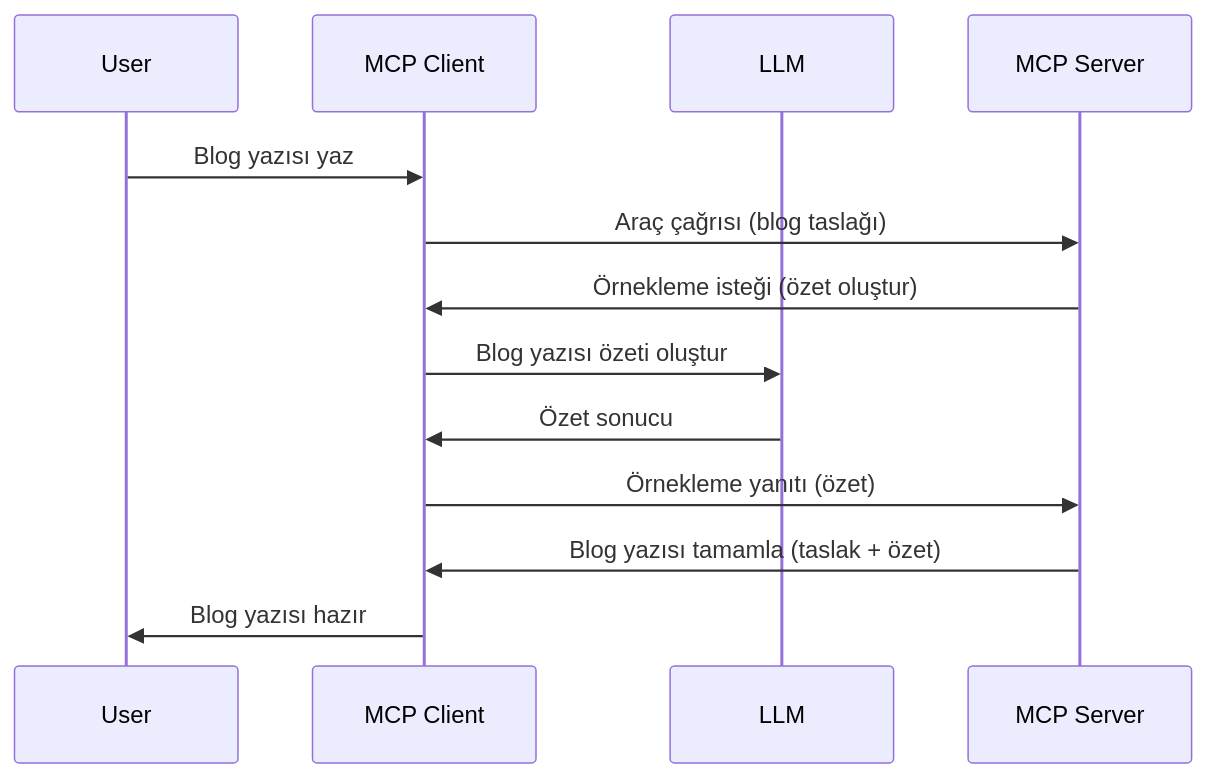
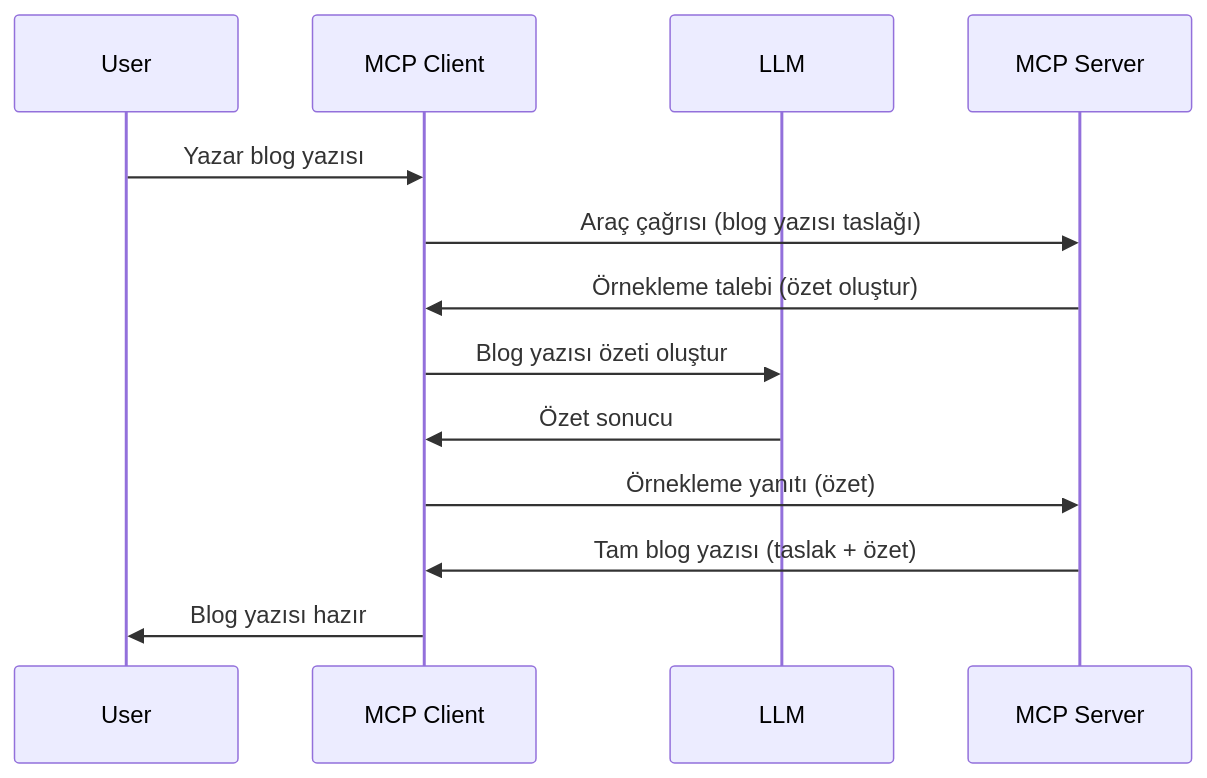
The diagram in mcp_ecosystem__model_context_protocol/mcp_learning_resources/mcp-for-beginners/translations/tr/03-GettingStarted/14-sampling/README.md (HIDORAKAI002/ai-workspace-archive), drawn with Mermaid before and after one commit. The commit also changed other lines of this file and 5748 other files, not shown here.

Commit message:
chore(sync): update MCP Python SDK, MCP TypeScript SDK, Supabase MCP, Kubernetes MCP Server, Git MCP, MCP Agent, Awesome ChatGPT Prompts, Langfuse, +62 more

````diff
--- a/mcp_ecosystem__model_context_protocol/mcp_learning_resources/mcp-for-beginners/translations/tr/03-GettingStarted/14-sampling/README.md
+++ b/mcp_ecosystem__model_context_protocol/mcp_learning_resources/mcp-for-beginners/translations/tr/03-GettingStarted/14-sampling/README.md
@@ -25,16 +27,16 @@
 ```mermaid
 sequenceDiagram
     participant User
     participant MCP Client
     participant LLM
     participant MCP Server
 
-    User->>MCP Client: Blog yazısı yaz
-    MCP Client->>MCP Server: Araç çağrısı (blog taslağı)
-    MCP Server->>MCP Client: Örnekleme isteği (özet oluştur)
+    User->>MCP Client: Yazar blog yazısı
+    MCP Client->>MCP Server: Araç çağrısı (blog yazısı taslağı)
+    MCP Server->>MCP Client: Örnekleme talebi (özet oluştur)
     MCP Client->>LLM: Blog yazısı özeti oluştur
     LLM->>MCP Client: Özet sonucu
     MCP Client->>MCP Server: Örnekleme yanıtı (özet)
-    MCP Server->>MCP Client: Blog yazısı tamamla (taslak + özet)
+    MCP Server->>MCP Client: Tam blog yazısı (taslak + özet)
     MCP Client->>User: Blog yazısı hazır
 ```
````
